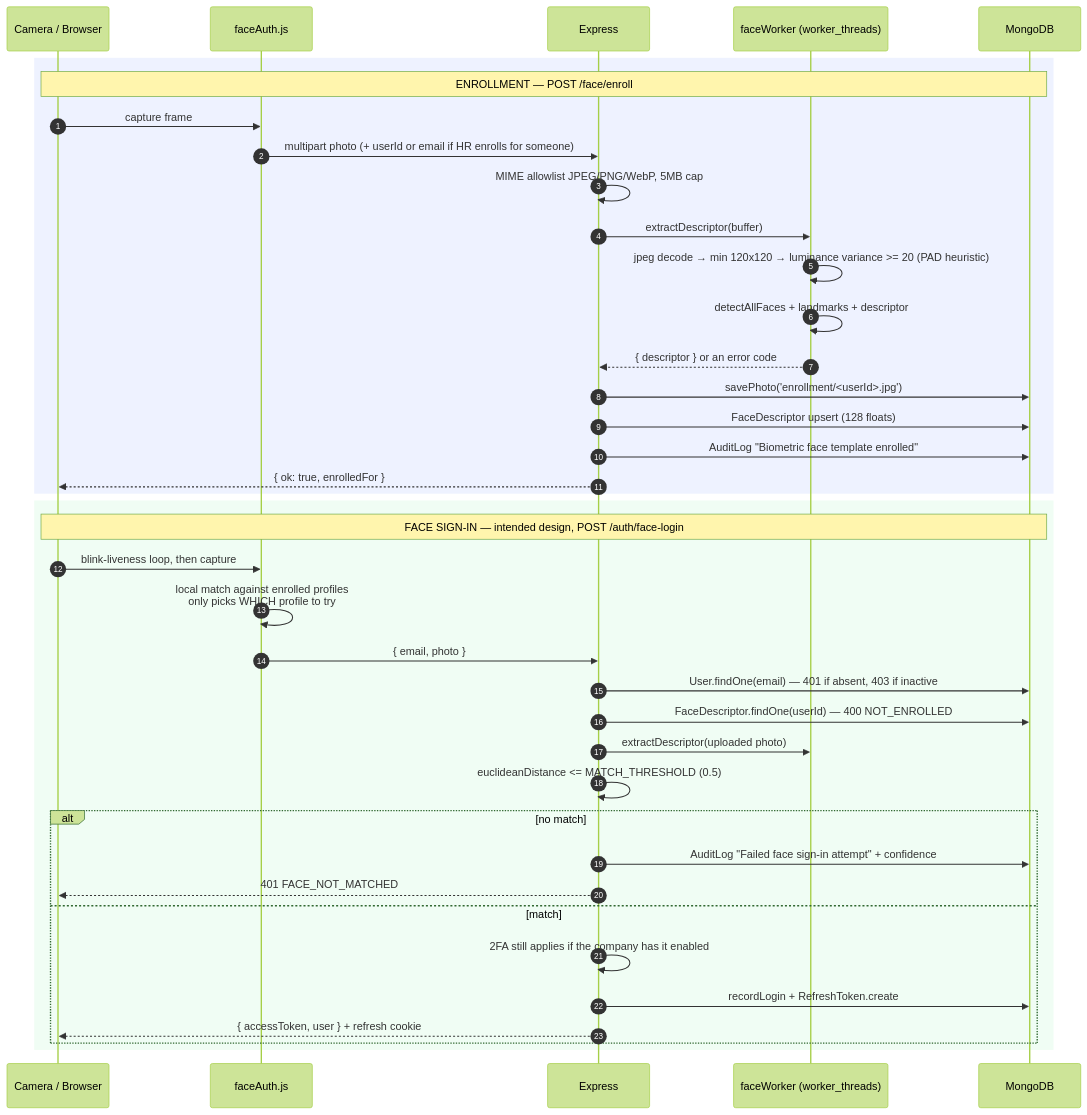
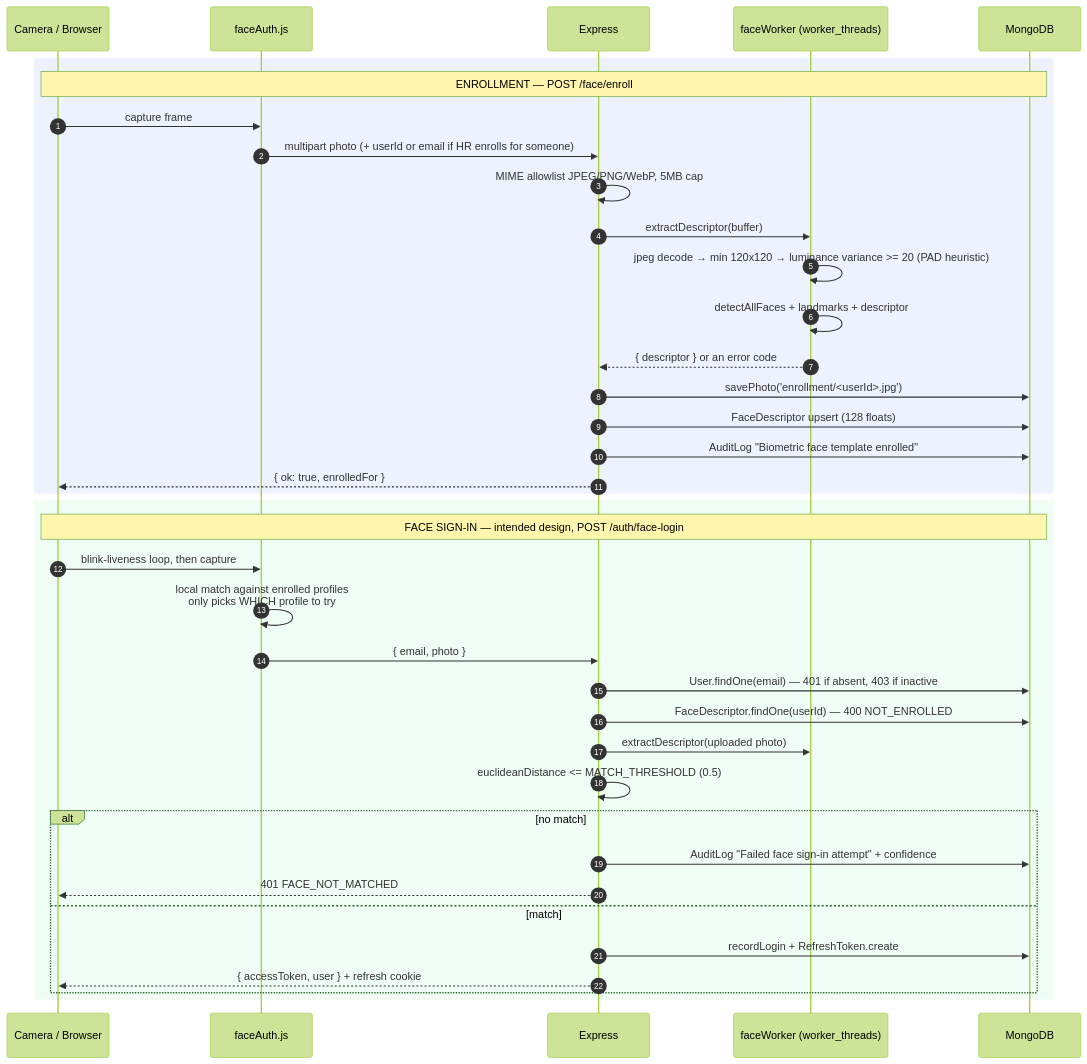
Before and after one commit to sepl65473-lang/Smaatech-HRMS: the tenth of 12 diagrams in README.md, drawn with Mermaid (forest theme). The commit also changed other lines of this file and 3 other files, not shown here.

````diff
--- a/README.md
+++ b/README.md
@@ -977,43 +965,42 @@
 ```mermaid
 sequenceDiagram
     autonumber
     participant C as Camera / Browser
     participant FA as faceAuth.js
     participant S as Express
     participant W as faceWorker (worker_threads)
     participant D as MongoDB
 
     rect rgb(238, 242, 255)
     Note over C,D: ENROLLMENT — POST /face/enroll
     C->>FA: capture frame
     FA->>S: multipart photo (+ userId or email if HR enrolls for someone)
     S->>S: MIME allowlist JPEG/PNG/WebP, 5MB cap
     S->>W: extractDescriptor(buffer)
     W->>W: jpeg decode → min 120x120 → luminance variance >= 20 (PAD heuristic)
     W->>W: detectAllFaces + landmarks + descriptor
     W-->>S: { descriptor } or an error code
     S->>D: savePhoto('enrollment/<userId>.jpg')
     S->>D: FaceDescriptor upsert (128 floats)
     S->>D: AuditLog "Biometric face template enrolled"
     S-->>C: { ok: true, enrolledFor }
     end
 
     rect rgb(240, 253, 244)
     Note over C,D: FACE SIGN-IN — intended design, POST /auth/face-login
     C->>FA: blink-liveness loop, then capture
     FA->>FA: local match against enrolled profiles<br/>only picks WHICH profile to try
     FA->>S: { email, photo }
     S->>D: User.findOne(email) — 401 if absent, 403 if inactive
     S->>D: FaceDescriptor.findOne(userId) — 400 NOT_ENROLLED
     S->>W: extractDescriptor(uploaded photo)
     S->>S: euclideanDistance <= MATCH_THRESHOLD (0.5)
     alt no match
         S->>D: AuditLog "Failed face sign-in attempt" + confidence
         S-->>C: 401 FACE_NOT_MATCHED
     else match
-        S->>S: 2FA still applies if the company has it enabled
         S->>D: recordLogin + RefreshToken.create
         S-->>C: { accessToken, user } + refresh cookie
     end
     end
 ```
````
